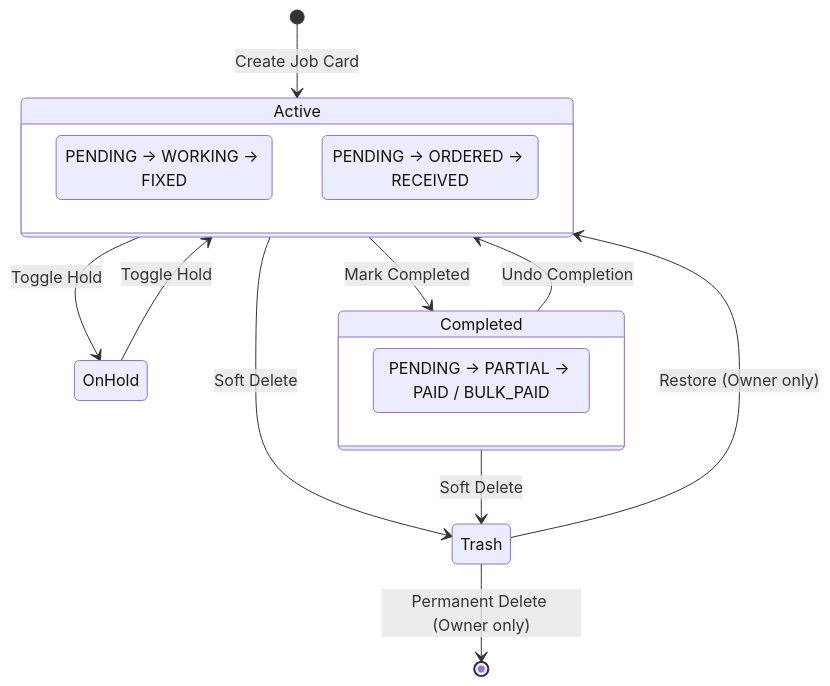
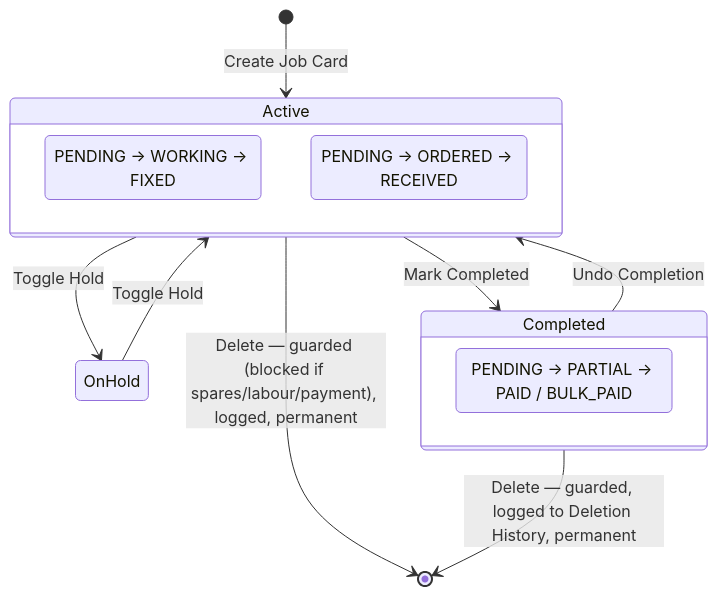
Before and after one commit to Irshaduu/WorkshopOS: the fifth of 6 diagrams in MASTER_BLUEPRINT.md, drawn with Mermaid. The commit also changed other lines of this file and 49 other files, not shown here.

````diff
--- a/MASTER_BLUEPRINT.md
+++ b/MASTER_BLUEPRINT.md
@@ -380,21 +377,19 @@
 ```mermaid
 stateDiagram-v2
     [*] --> Active: Create Job Card
     Active --> OnHold: Toggle Hold
     OnHold --> Active: Toggle Hold
     Active --> Completed: Mark Completed
     Completed --> Active: Undo Completion
-    Active --> Trash: Soft Delete
-    Completed --> Trash: Soft Delete
-    Trash --> Active: Restore (Owner only)
-    Trash --> [*]: Permanent Delete (Owner only)
+    Active --> [*]: Delete — guarded (blocked if spares/labour/payment), logged, permanent
+    Completed --> [*]: Delete — guarded, logged to Deletion History, permanent
 
     state Active {
         Concerns: PENDING → WORKING → FIXED
         Spares: PENDING → ORDERED → RECEIVED
     }
 
     state Completed {
         Payment: PENDING → PARTIAL → PAID / BULK_PAID
     }
 ```
````
